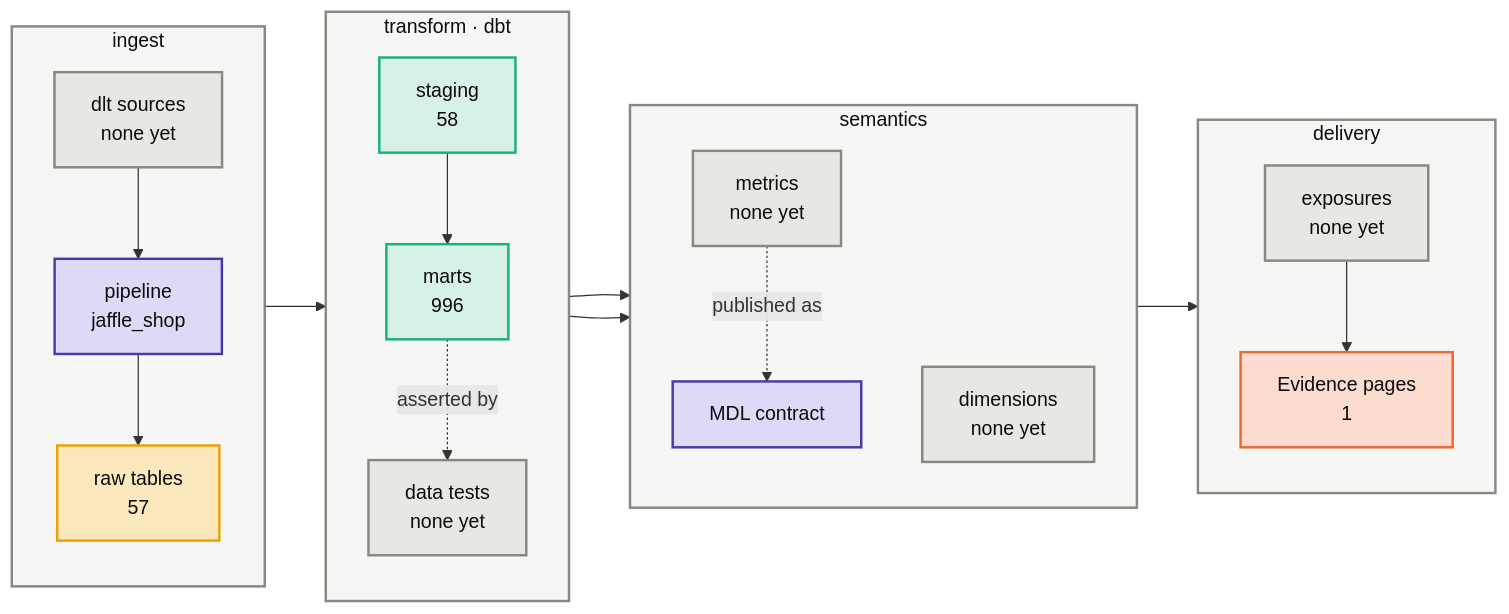
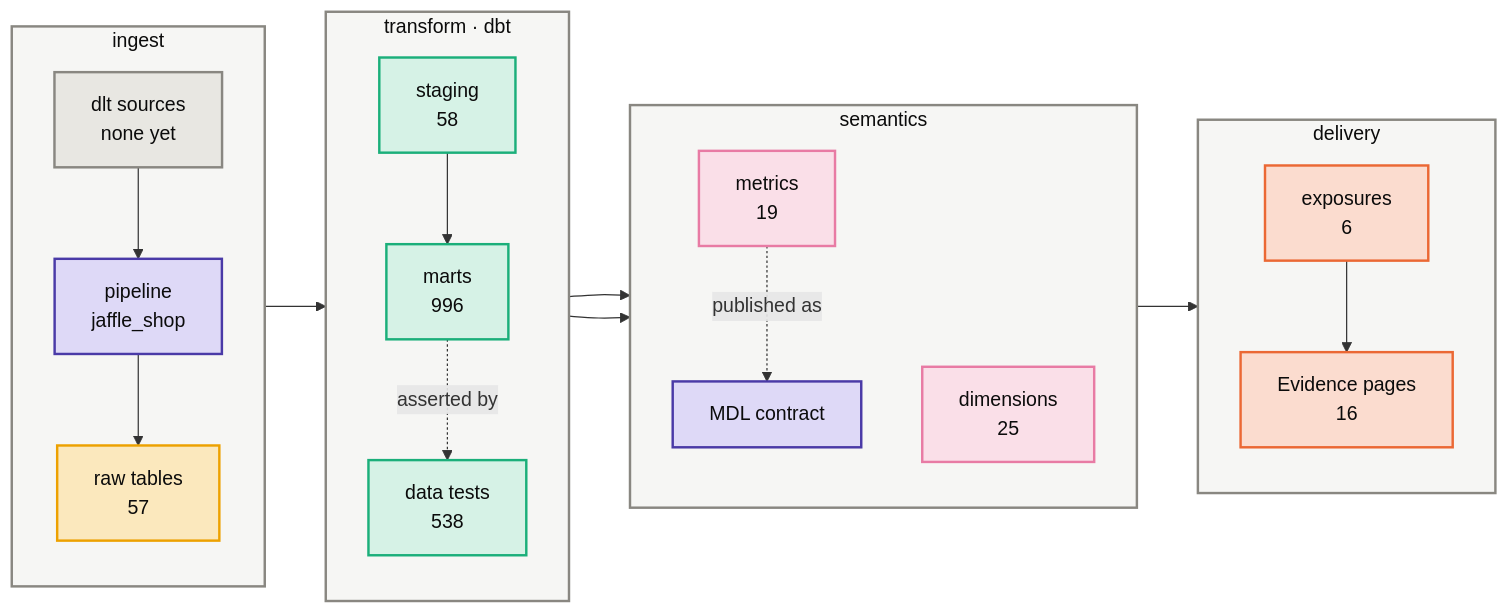
One commit to Atomz-org/data-platform changed the first of 3 diagrams in groups/jaffle/projects/jaffle-shop/kg/architecture.md. Above: the diagram before and after it, drawn with Mermaid. The commit also changed other lines of this file and 8 other files, not shown here.

First line of the commit message:
Regenerate the nine maps from a graph that was actually built

````diff
--- a/groups/jaffle/projects/jaffle-shop/kg/architecture.md
+++ b/groups/jaffle/projects/jaffle-shop/kg/architecture.md
@@ -10,41 +10,41 @@
 ```mermaid
 flowchart LR
     subgraph LI["ingest"]
         direction TB
         I1["dlt sources<br/>none yet"]:::neutral
         I2["pipeline<br/>jaffle_shop"]:::platform
         I3["raw tables<br/>57"]:::raw
     end
     subgraph LT["transform · dbt"]
         direction TB
         T1["staging<br/>58"]:::model
         T2["marts<br/>996"]:::model
-        T3["data tests<br/>none yet"]:::neutral
+        T3["data tests<br/>538"]:::model
     end
     subgraph LS["semantics"]
         direction TB
-        S1["metrics<br/>none yet"]:::neutral
-        S2["dimensions<br/>none yet"]:::neutral
+        S1["metrics<br/>19"]:::metric
+        S2["dimensions<br/>25"]:::metric
         S3["MDL contract"]:::platform
     end
     subgraph LD["delivery"]
         direction TB
-        D1["exposures<br/>none yet"]:::neutral
-        D2["Evidence pages<br/>1"]:::exposure
+        D1["exposures<br/>6"]:::exposure
+        D2["Evidence pages<br/>16"]:::exposure
     end
     I1 --> I2 --> I3 --> T1 --> T2
     T2 --> S1 --> D1 --> D2
     T2 --> S2
     S1 -.published as.-> S3
     T2 -.asserted by.-> T3
     classDef ingress fill:#cde2fb,stroke:#2a78d6,stroke-width:2px,color:#0b0b0b
     classDef platform fill:#ded9f7,stroke:#4a3aa7,stroke-width:2px,color:#0b0b0b
     classDef raw fill:#fbe8bd,stroke:#eda100,stroke-width:2px,color:#0b0b0b
     classDef model fill:#d6f2e6,stroke:#1baf7a,stroke-width:2px,color:#0b0b0b
     classDef metric fill:#fadfe8,stroke:#e87ba4,stroke-width:2px,color:#0b0b0b
     classDef exposure fill:#fbdccf,stroke:#eb6834,stroke-width:2px,color:#0b0b0b
     classDef neutral fill:#e8e7e2,stroke:#898781,stroke-width:2px,color:#0b0b0b
     classDef project fill:#e3eefc,stroke:#2a78d6,stroke-width:2px,color:#0b0b0b
     classDef lane fill:#f6f6f4,stroke:#898781,stroke-width:2px,color:#0b0b0b
     class LI,LT,LS,LD lane
 ```
````
